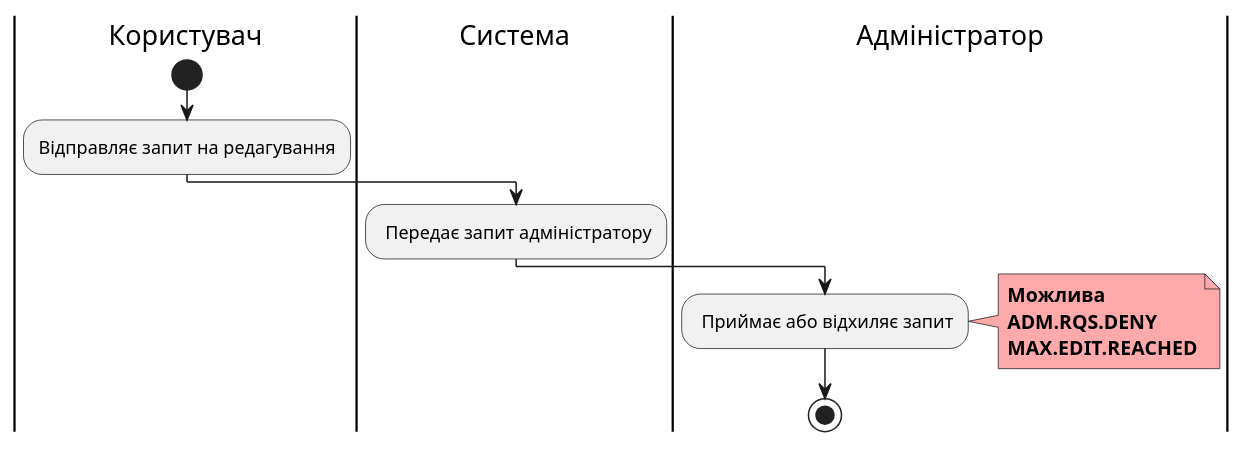
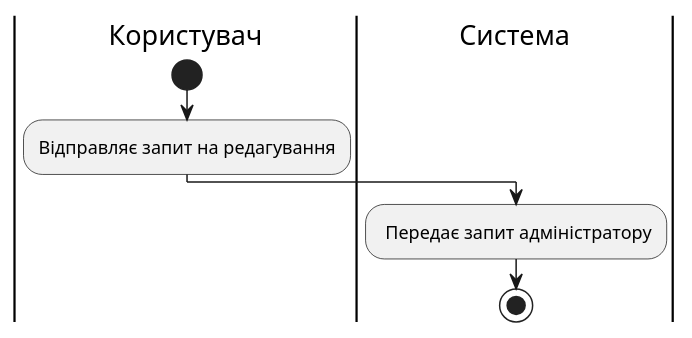
One commit to m1guelten/edu-db-cw changed the eighth of 17 diagrams in docs/use cases/README.md. Above: the diagram before and after it, drawn with PlantUML. The commit also changed other lines of this file, not shown here.

```diff
--- a/docs/use cases/README.md
+++ b/docs/use cases/README.md
@@ -246,23 +245,10 @@
 @startuml
-
 |Користувач|
 start
 :Відправляє запит на редагування;
 
 |Система|
 : Передає запит адміністратору;
 
-|Адміністратор|
-: Приймає або відхиляє запит;
-
-    note right #ffaaaa
-    <b>Можлива</b>
-    <b>ADM.RQS.DENY</b>
-    <b>MAX.EDIT.REACHED</b>
-    end note
-
-
-
     stop;
-
 @enduml
```
